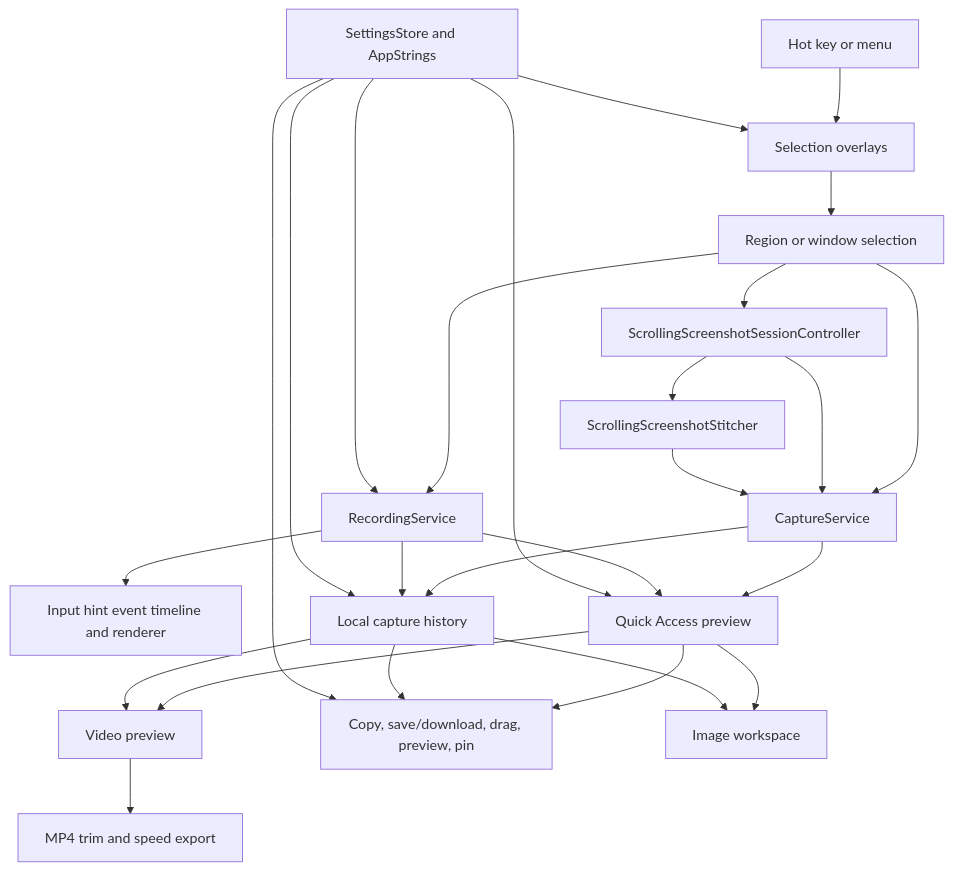
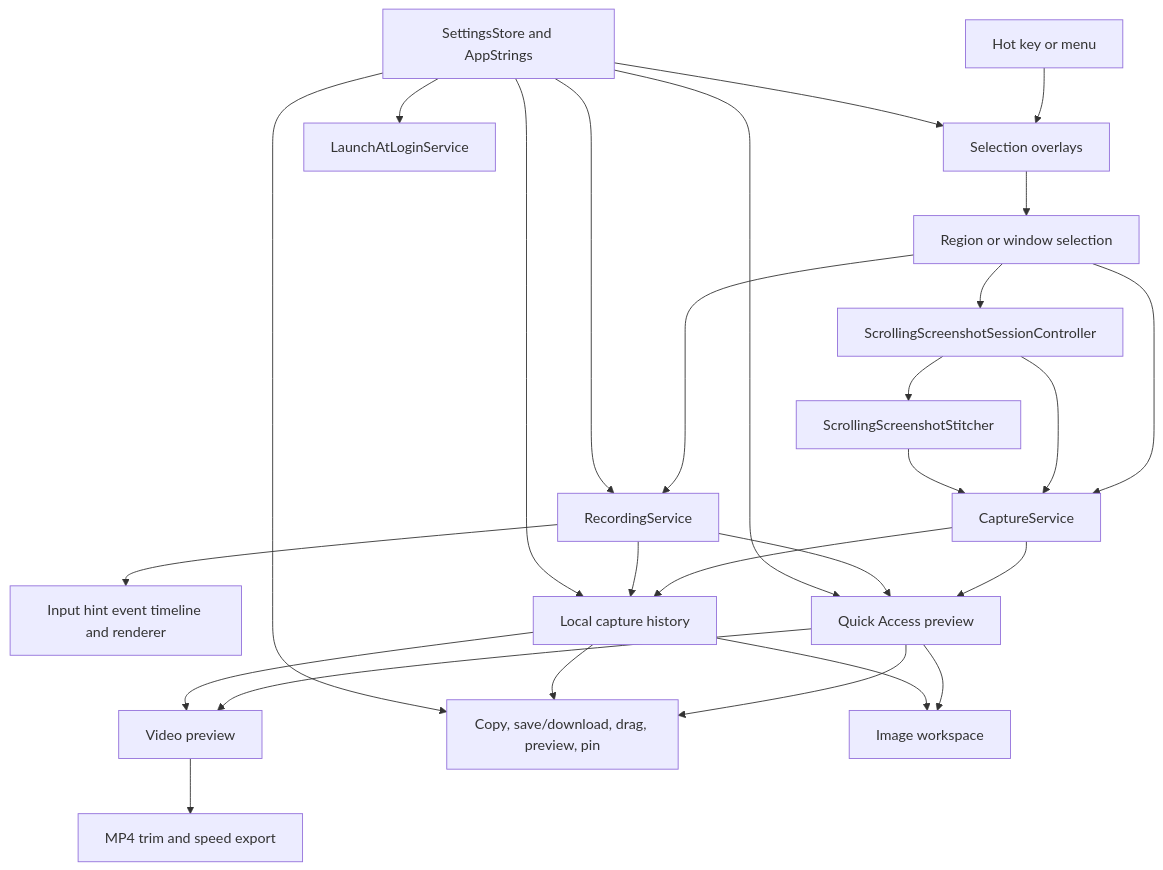
Before and after one commit to deweyou/frame: the diagram in docs/architecture.md, drawn with Mermaid. The commit also changed other lines of this file and 36 other files, not shown here.

````diff
--- a/docs/architecture.md
+++ b/docs/architecture.md
@@ -3,28 +3,29 @@
 ```mermaid
 flowchart TD
     HotKey[Hot key or menu] --> Overlay[Selection overlays]
     Overlay --> Selection[Region or window selection]
     Selection --> Capture[CaptureService]
     Selection --> Scrolling[ScrollingScreenshotSessionController]
     Scrolling --> Stitching[ScrollingScreenshotStitcher]
     Scrolling --> Capture
     Stitching --> Capture
     Selection --> Recording[RecordingService]
     Recording --> InputHints[Input hint event timeline and renderer]
     Capture --> History[Local capture history]
     Capture --> QuickAccess[Quick Access preview]
     Recording --> History
     Recording --> QuickAccess
     QuickAccess --> VideoPreview[Video preview]
     VideoPreview --> VideoEditing[MP4 trim and speed export]
     QuickAccess --> Output[Copy, save/download, drag, preview, pin]
     QuickAccess --> Workspace[Image workspace]
     History --> Workspace
     History --> VideoPreview
     History --> Output
     Settings[SettingsStore and AppStrings] --> Overlay
     Settings --> Recording
     Settings --> QuickAccess
     Settings --> Output
     Settings --> History
+    Settings --> LoginItem[LaunchAtLoginService]
 ```
````
